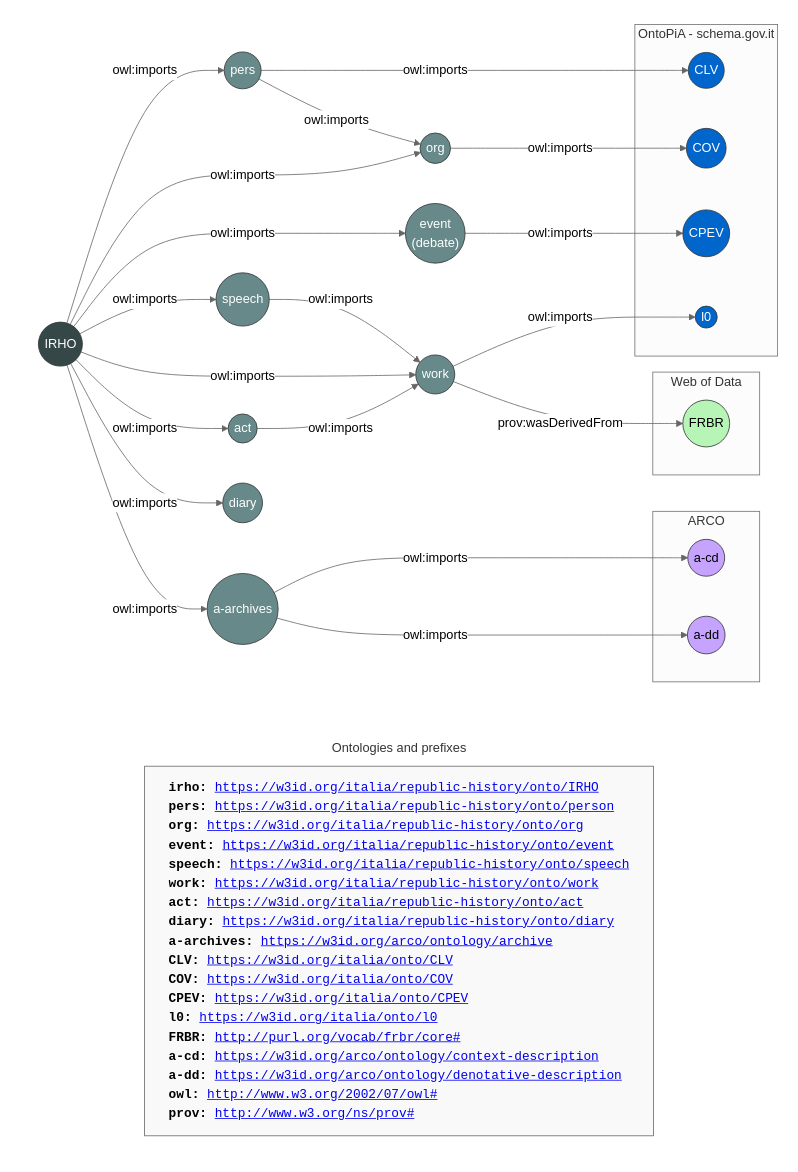
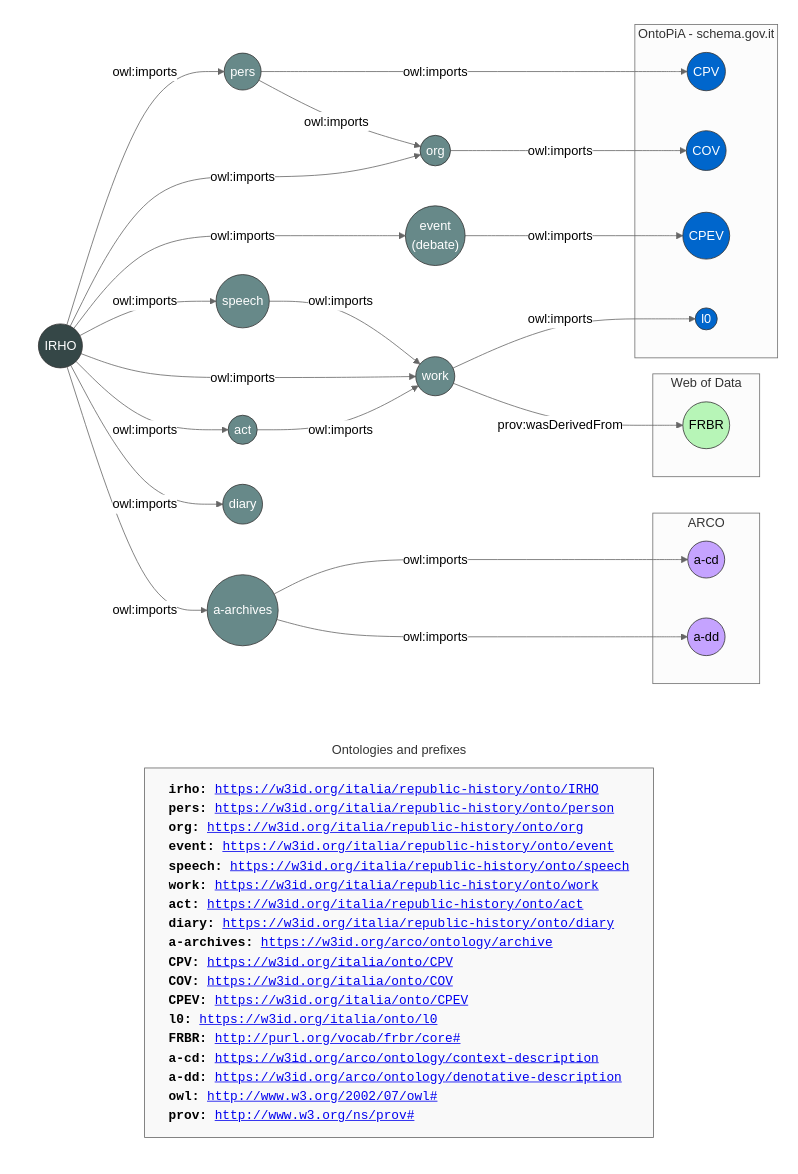
The diagram in README.en.md (PortaleFontiRepubblica/assets), drawn with Mermaid (neutral theme) before and after one commit. The commit also changed other lines of this file, not shown here.

```diff
--- a/README.en.md
+++ b/README.en.md
@@ -89,7 +89,7 @@
 	        CPEV((CPEV)):::ontopia
 	        COV((COV)):::ontopia
 	        l0((l0)):::ontopia
-	        CLV((CLV)):::ontopia
+	        CPV((CPV)):::ontopia
 	    end
 
 	    %% Core Semantic Network Nodes
@@ -113,7 +113,7 @@
 	    IRHO -->|owl:imports| diary
 	    IRHO -->|owl:imports| a_archives
 	    
-	    pers -->|owl:imports| CLV
+	    pers -->|owl:imports| CPV
 	    pers -->|owl:imports| org
 	    
 	    org -->|owl:imports| COV
@@ -146,7 +146,7 @@
 <b>act: </b><a href="https://w3id.org/italia/republic-history/onto/act">https://w3id.org/italia/republic-history/onto/act</a>
 <b>diary: </b><a href="https://w3id.org/italia/republic-history/onto/diary">https://w3id.org/italia/republic-history/onto/diary</a>
 <b>a-archives: </b><a href="https://w3id.org/arco/ontology/archive">https://w3id.org/arco/ontology/archive</a>
-<b>CLV: </b><a href="https://w3id.org/italia/onto/CLV">https://w3id.org/italia/onto/CLV</a>
+<b>CPV: </b><a href="https://w3id.org/italia/onto/CPV">https://w3id.org/italia/onto/CPV</a>
 <b>COV: </b><a href="https://w3id.org/italia/onto/COV">https://w3id.org/italia/onto/COV</a>
 <b>CPEV: </b><a href="https://w3id.org/italia/onto/CPEV">https://w3id.org/italia/onto/CPEV</a>
 <b>l0: </b><a href="https://w3id.org/italia/onto/l0">https://w3id.org/italia/onto/l0</a>
```
